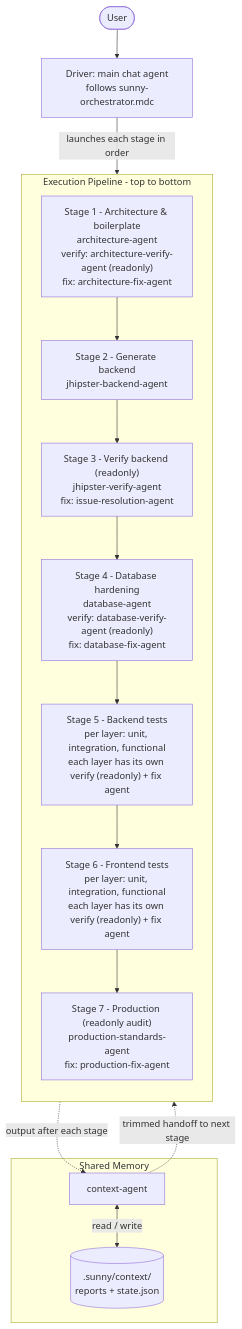
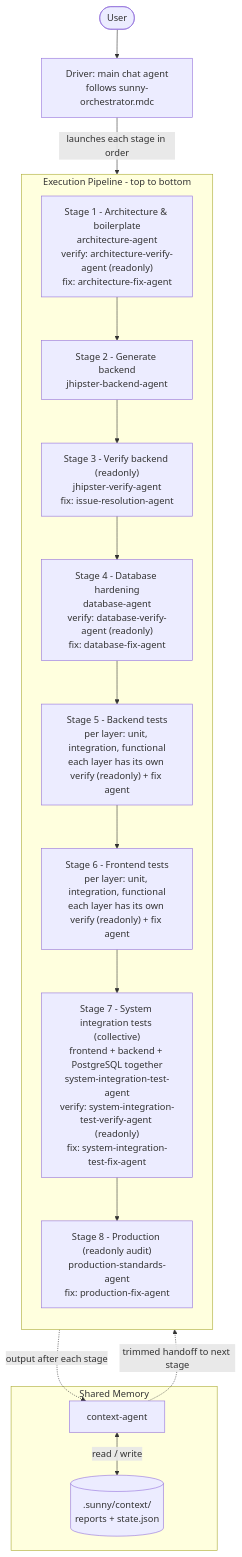
The first of 14 diagrams in .cursor/agents/ARCHITECTURE.md (priyam-qo-box/agents), drawn with Mermaid before and after one commit. The commit also changed other lines of this file and 8 other files, not shown here.

First line of the commit message:
Add system integration test agents to enhance full-stack testing capabilities

````diff
--- a/.cursor/agents/ARCHITECTURE.md
+++ b/.cursor/agents/ARCHITECTURE.md
@@ -36,27 +37,28 @@
 ```mermaid
 flowchart TB
     User([User]) --> Driver["Driver: main chat agent<br/>follows sunny-orchestrator.mdc"]
 
     subgraph pipeline [Execution Pipeline - top to bottom]
         direction TB
         S0["Stage 1 - Architecture & boilerplate<br/>architecture-agent<br/>verify: architecture-verify-agent (readonly)<br/>fix: architecture-fix-agent"]
         S1["Stage 2 - Generate backend<br/>jhipster-backend-agent"]
         S2["Stage 3 - Verify backend (readonly)<br/>jhipster-verify-agent<br/>fix: issue-resolution-agent"]
         SD["Stage 4 - Database hardening<br/>database-agent<br/>verify: database-verify-agent (readonly)<br/>fix: database-fix-agent"]
         S3["Stage 5 - Backend tests<br/>per layer: unit, integration, functional<br/>each layer has its own verify (readonly) + fix agent"]
         S4["Stage 6 - Frontend tests<br/>per layer: unit, integration, functional<br/>each layer has its own verify (readonly) + fix agent"]
-        S5["Stage 7 - Production (readonly audit)<br/>production-standards-agent<br/>fix: production-fix-agent"]
-        S0 --> S1 --> S2 --> SD --> S3 --> S4 --> S5
+        SI["Stage 7 - System integration tests (collective)<br/>frontend + backend + PostgreSQL together<br/>system-integration-test-agent<br/>verify: system-integration-test-verify-agent (readonly)<br/>fix: system-integration-test-fix-agent"]
+        S5["Stage 8 - Production (readonly audit)<br/>production-standards-agent<br/>fix: production-fix-agent"]
+        S0 --> S1 --> S2 --> SD --> S3 --> S4 --> SI --> S5
     end
 
     Driver -->|launches each stage in order| pipeline
 
     subgraph memory [Shared Memory]
         Ctx["context-agent"]
         Store[(".sunny/context/<br/>reports + state.json")]
         Ctx <-->|read / write| Store
     end
 
     pipeline -.output after each stage.-> Ctx
     Ctx -.trimmed handoff to next stage.-> pipeline
 ```
````
